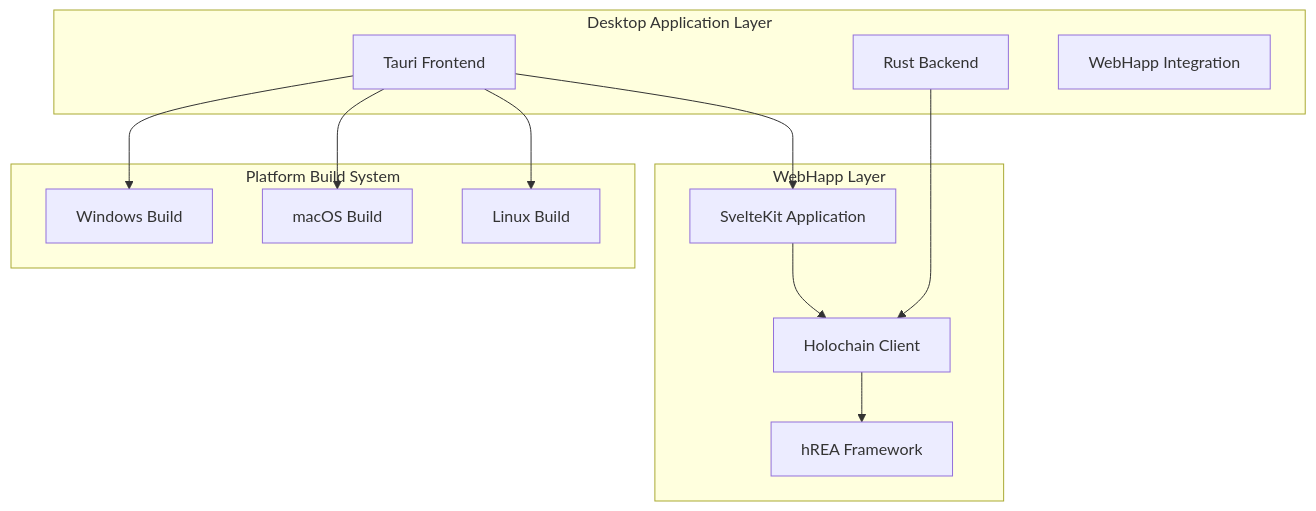
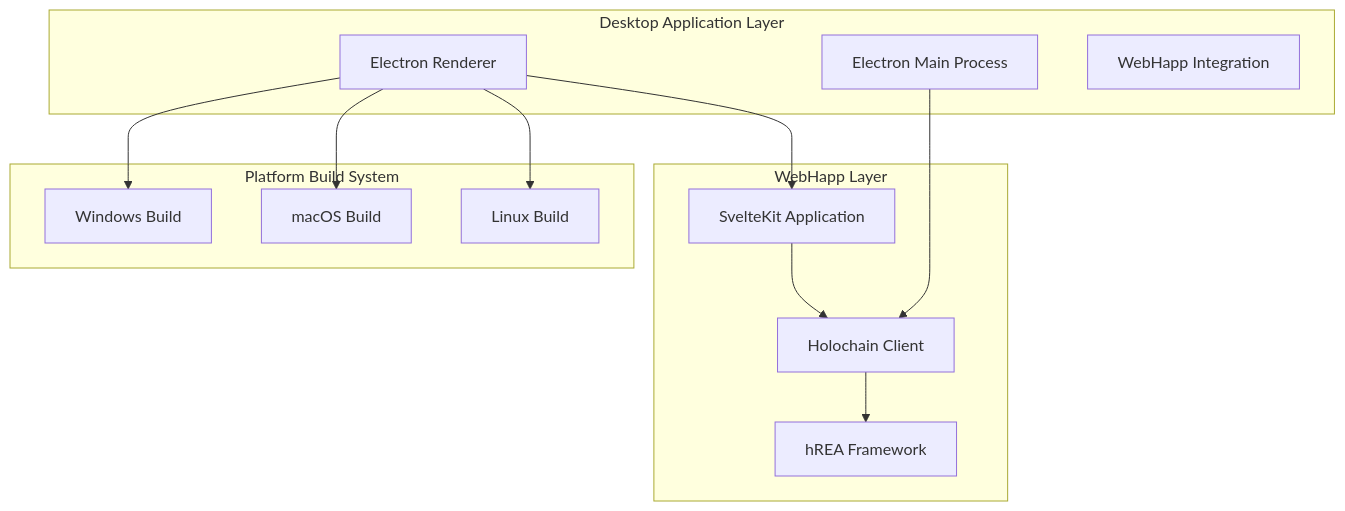
Before and after one commit to happenings-community/requests-and-offers: the second of 3 diagrams in documentation/CODEBASE_DOCUMENTATION.md, drawn with Mermaid. The commit also changed other lines of this file and 15 other files, not shown here.

````diff
--- a/documentation/CODEBASE_DOCUMENTATION.md
+++ b/documentation/CODEBASE_DOCUMENTATION.md
@@ -541,29 +541,29 @@
 ```mermaid
 graph TB
     subgraph "Desktop Application Layer"
-        A[Tauri Frontend]
-        B[Rust Backend]
+        A[Electron Renderer]
+        B[Electron Main Process]
         C[WebHapp Integration]
     end
 
     subgraph "WebHapp Layer"
         D[SvelteKit Application]
         E[Holochain Client]
         F[hREA Framework]
     end
 
     subgraph "Platform Build System"
         G[Windows Build]
         H[macOS Build]
         I[Linux Build]
     end
 
     A --> D
     B --> E
     D --> E
     E --> F
 
     A --> G
     A --> H
     A --> I
 ```
````
